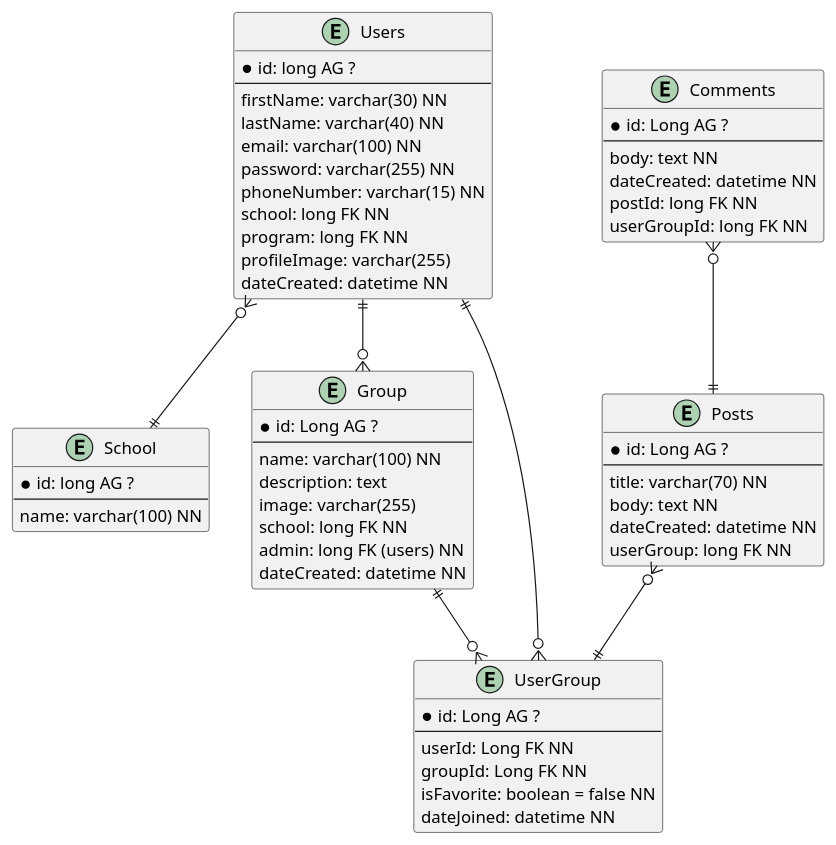
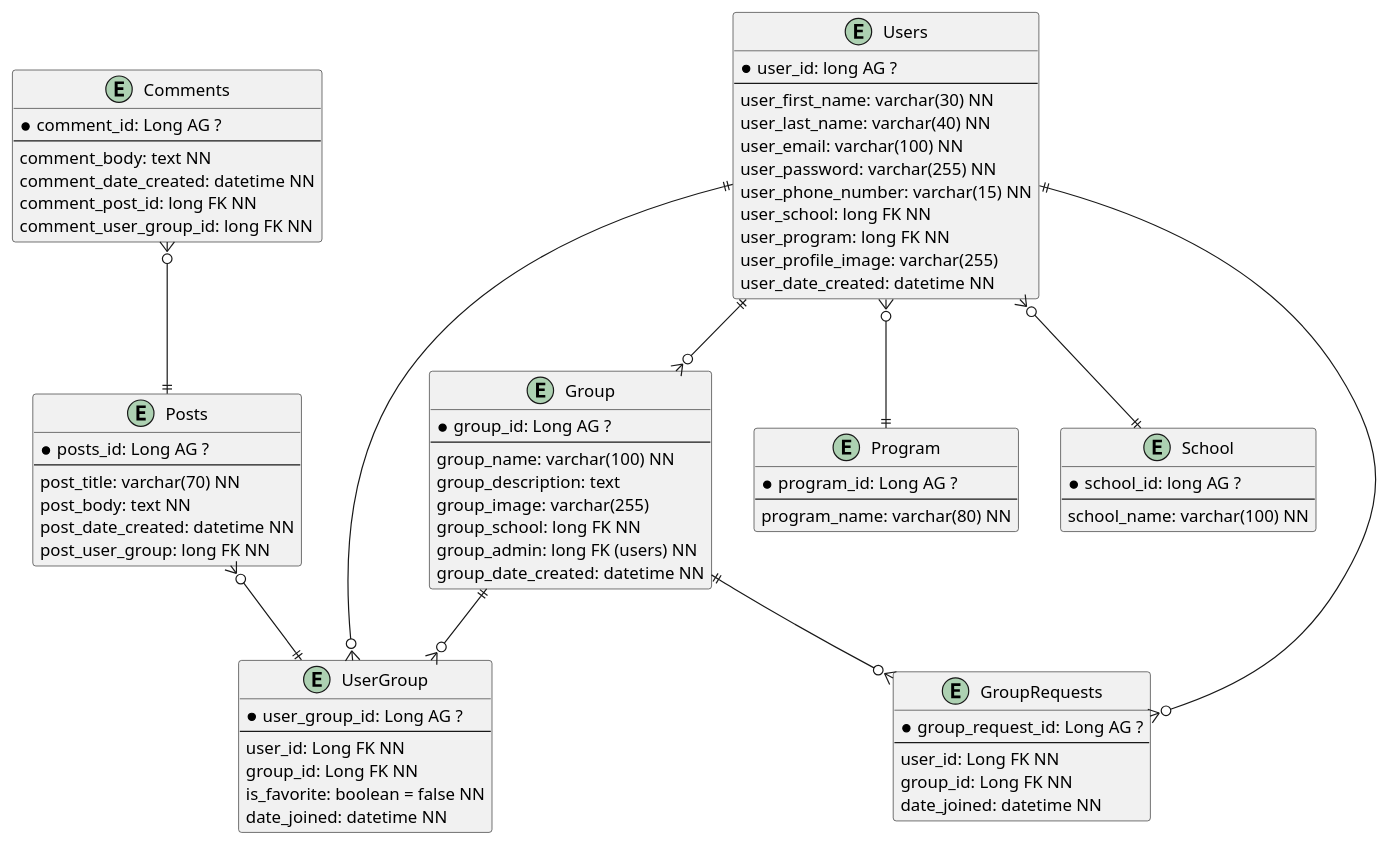
Before and after one commit to JonasBrattHansen/AtCampus: the diagram in Resources/MainDatabase.puml, drawn with PlantUML. The commit also changed 1 other file, not shown here.

Commit message:
Upgraded PlantUML diagram to include program, and fix syntax

```diff
--- a/Resources/MainDatabase.puml
+++ b/Resources/MainDatabase.puml
@@ -1,71 +1,87 @@
 @startuml
 'https://plantuml.com/object-diagram
 
 entity Users{
-    * id: long AG ?
+    * user_id: long AG ?
     --
-    firstName: varchar(30) NN
-    lastName: varchar(40) NN
-    email: varchar(100) NN
-    password: varchar(255) NN
-    phoneNumber: varchar(15) NN
-    school: long FK NN
-    program: long FK NN
-    profileImage: varchar(255)
-    dateCreated: datetime NN
+    user_first_name: varchar(30) NN
+    user_last_name: varchar(40) NN
+    user_email: varchar(100) NN
+    user_password: varchar(255) NN
+    user_phone_number: varchar(15) NN
+    user_school: long FK NN
+    user_program: long FK NN
+    user_profile_image: varchar(255)
+    user_date_created: datetime NN
 }
 
 entity School{
-    * id: long AG ?
+    * school_id: long AG ?
     --
-    name: varchar(100) NN
+    school_name: varchar(100) NN
 }
 
 entity Group{
-    * id: Long AG ?
+    * group_id: Long AG ?
     --
-    name: varchar(100) NN
-    description: text
-    image: varchar(255)
-    school: long FK NN
-    admin: long FK (users) NN
-    dateCreated: datetime NN
+    group_name: varchar(100) NN
+    group_description: text
+    group_image: varchar(255)
+    group_school: long FK NN
+    group_admin: long FK (users) NN
+    group_date_created: datetime NN
 }
 
 entity UserGroup{
-    * id: Long AG ?
+    * user_group_id: Long AG ?
     --
-    userId: Long FK NN
-    groupId: Long FK NN
-    isFavorite: boolean = false NN
-    dateJoined: datetime NN
+    user_id: Long FK NN
+    group_id: Long FK NN
+    is_favorite: boolean = false NN
+    date_joined: datetime NN
+}
+
+entity GroupRequests{
+    * group_request_id: Long AG ?
+    --
+    user_id: Long FK NN
+    group_id: Long FK NN
+    date_joined: datetime NN
 }
 
 entity Posts{
-    * id: Long AG ?
+    * posts_id: Long AG ?
     --
-    title: varchar(70) NN
-    body: text NN
-    dateCreated: datetime NN
-    userGroup: long FK NN
+    post_title: varchar(70) NN
+    post_body: text NN
+    post_date_created: datetime NN
+    post_user_group: long FK NN
 }
 
 entity Comments{
-    * id: Long AG ?
+    * comment_id: Long AG ?
     --
-    body: text NN
-    dateCreated: datetime NN
-    postId: long FK NN
-    userGroupId: long FK NN
+    comment_body: text NN
+    comment_date_created: datetime NN
+    comment_post_id: long FK NN
+    comment_user_group_id: long FK NN
+}
+
+entity Program{
+    * program_id: Long AG ?
+    --
+    program_name: varchar(80) NN
 }
 
 
 Users }o--|| School
+Users }o--|| Program
 Users ||--o{ Group
 Users ||--o{ UserGroup
 Group ||--o{ UserGroup
+Users ||--o{ GroupRequests
+Group ||--o{ GroupRequests
 Posts }o--|| UserGroup
 Comments }o--|| Posts
 
-
 @enduml
```
